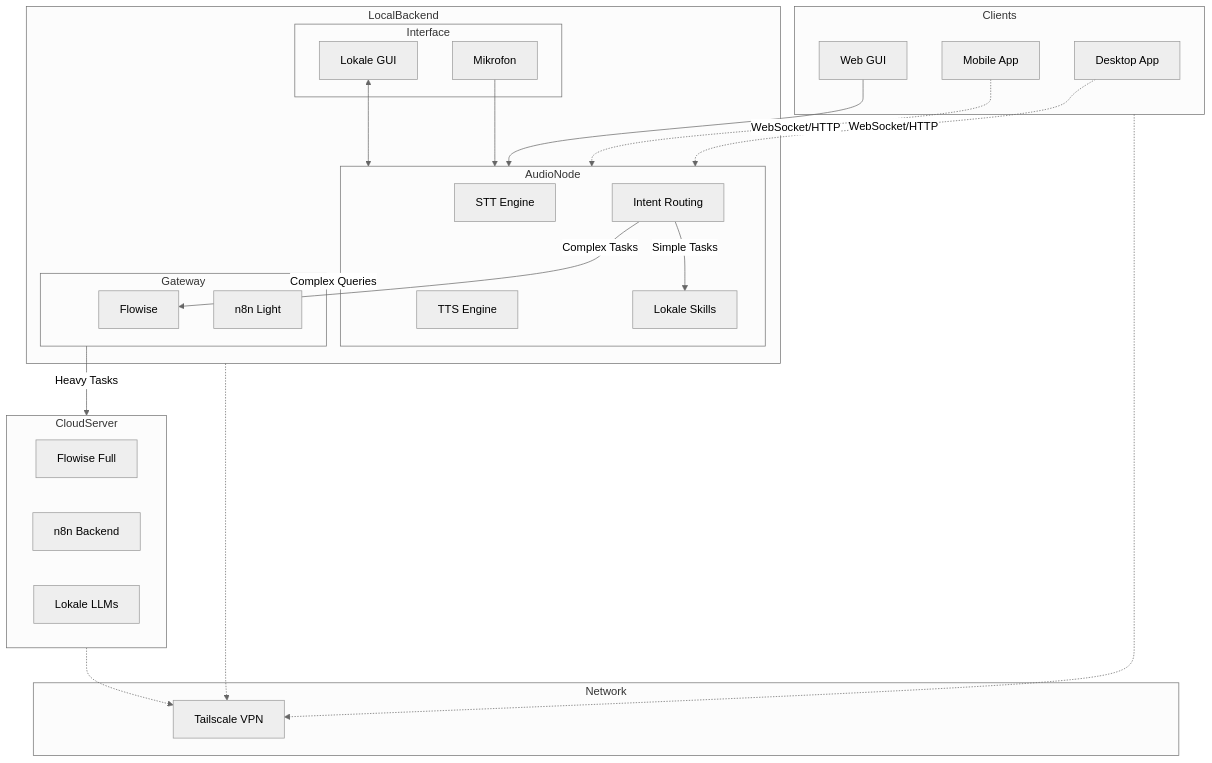
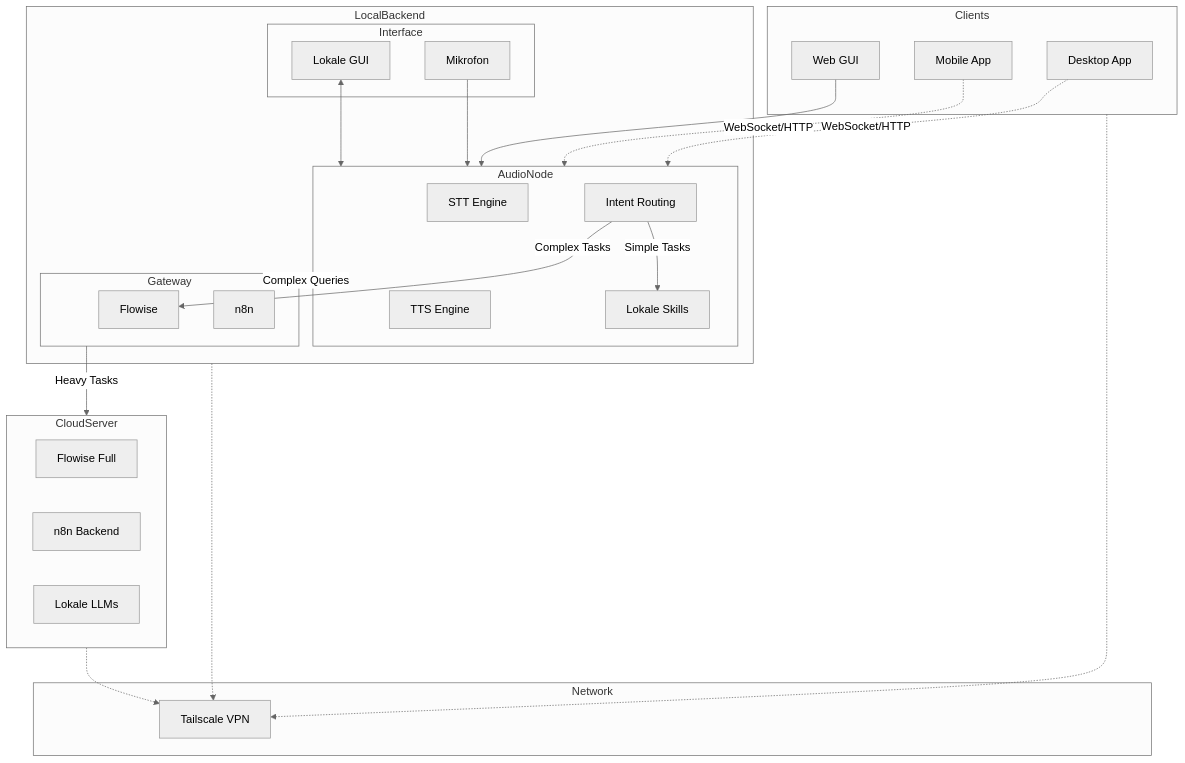
Before and after one commit to 161sam/Sprachassistent: the diagram in README.md, drawn with Mermaid (neutral theme).

````diff
--- a/README.md
+++ b/README.md
@@ -22,56 +22,56 @@
 ```mermaid
 flowchart TB
   subgraph Clients
     Desktop[Desktop App]
     Mobile[Mobile App]
     WebGUI[Web GUI]
   end
 
   subgraph LocalBackend
     subgraph Interface
       Mic400[Mikrofon]
       GUI400[Lokale GUI]
     end
 
     subgraph AudioNode
       STT[STT Engine]
       TTS[TTS Engine]
       IntentRouting[Intent Routing]
       Skills[Lokale Skills]
     end
 
     subgraph Gateway
       Flowise[Flowise]
-      n8nLight[n8n Light]
+      n8n[n8n]
     end
   end
 
   subgraph CloudServer
     ServerFlowise[Flowise Full]
     ServerN8n[n8n Backend]
     ServerLLM[Lokale LLMs]
   end
 
   %% Connections
   Desktop -.->|WebSocket/HTTP| AudioNode
   Mobile -.->|WebSocket/HTTP| AudioNode
   WebGUI --> AudioNode
 
   Mic400 --> AudioNode
   GUI400 <--> AudioNode
 
   AudioNode -->|Complex Queries| Gateway
   Gateway -->|Heavy Tasks| CloudServer
 
   IntentRouting -->|Simple Tasks| Skills
   IntentRouting -->|Complex Tasks| Flowise
 
   %% Network
   subgraph Network
     VPN[Tailscale VPN]
   end
 
   Clients -.-> VPN
   LocalBackend -.-> VPN
   CloudServer -.-> VPN
 ```
````
